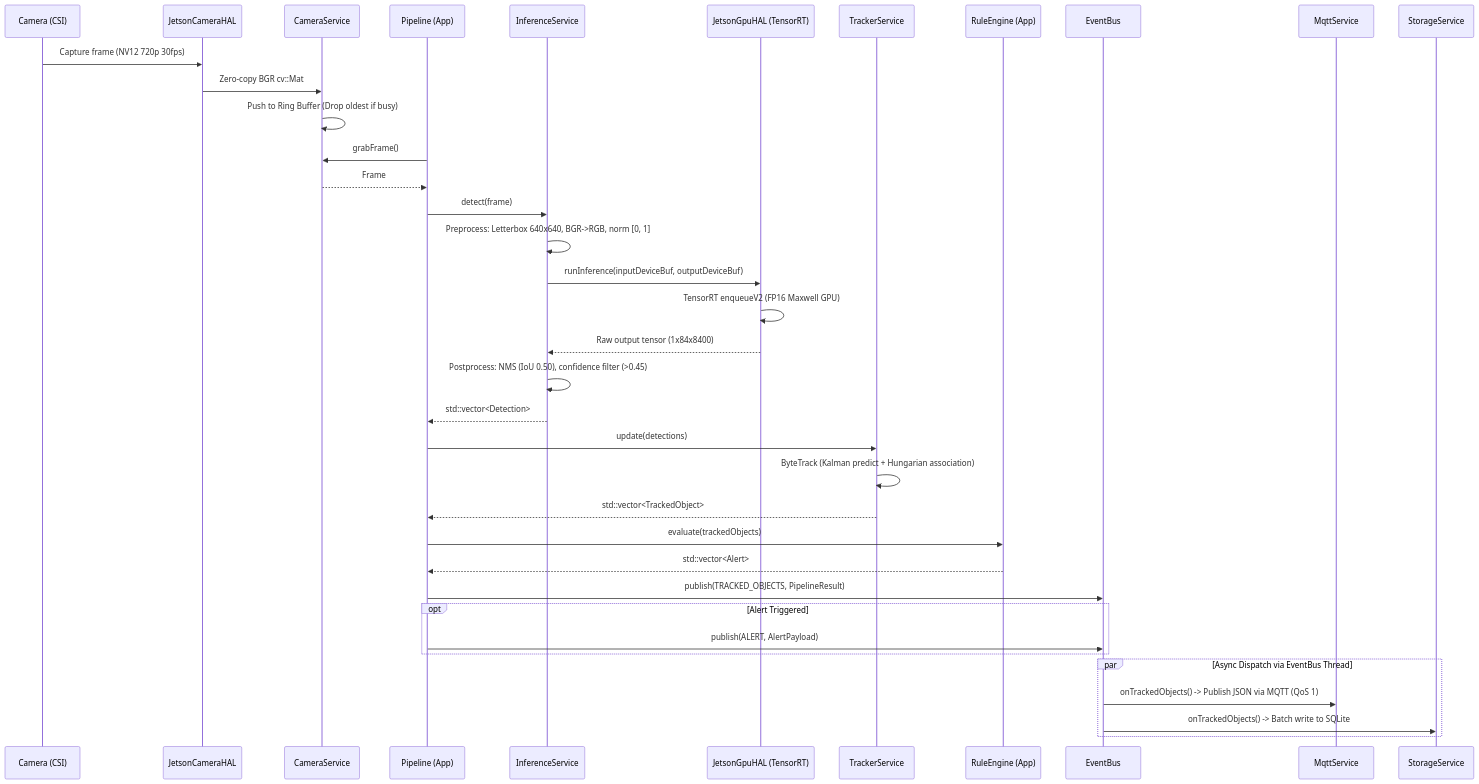
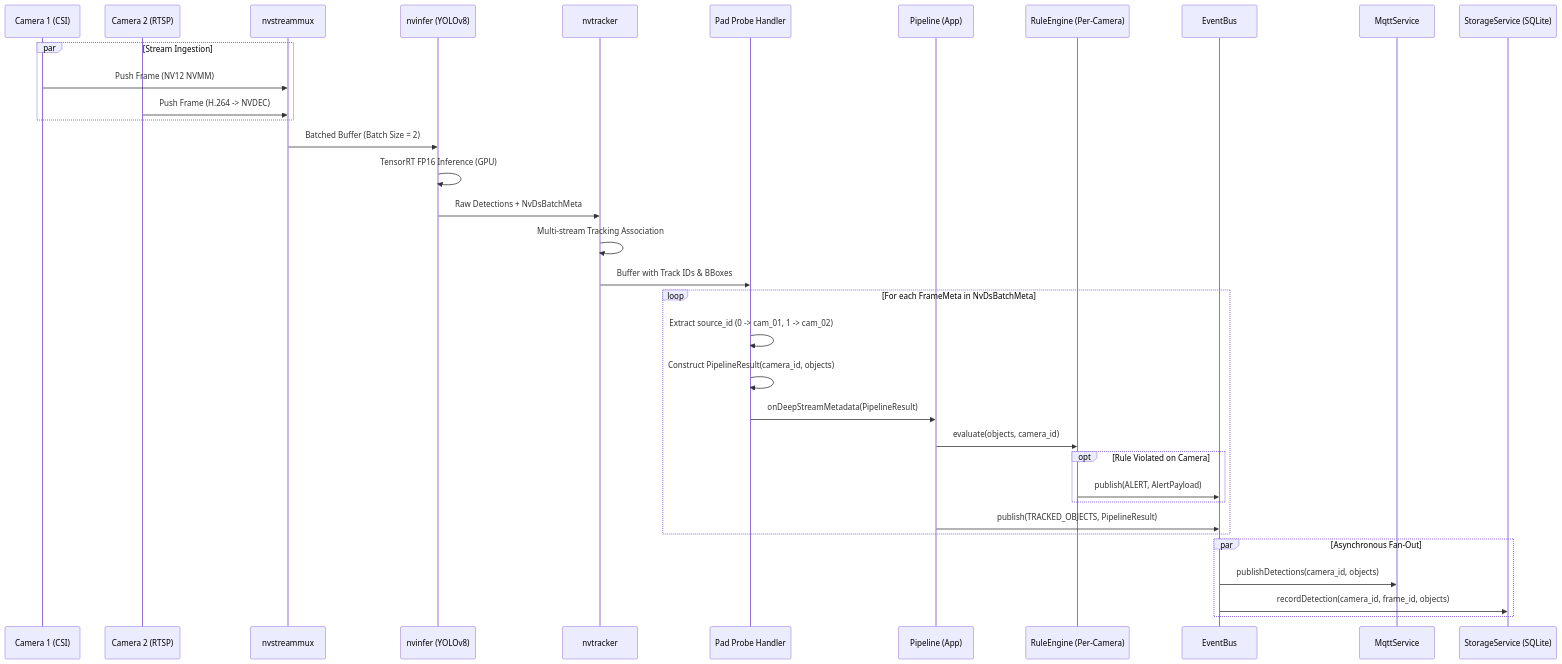
The second of 2 diagrams in docs/design/system_design.md (TranXuanTinh/MultiCamera), drawn with Mermaid before and after one commit. The commit also changed other lines of this file and 39 other files, not shown here.

Commit message:
Init Multi Camera Project

````diff
--- a/docs/design/system_design.md
+++ b/docs/design/system_design.md
@@ -69,46 +87,43 @@
 ```mermaid
 sequenceDiagram
-    participant HW as Camera (CSI)
-    participant CHAL as JetsonCameraHAL
-    participant CSVC as CameraService
+    participant CAM1 as Camera 1 (CSI)
+    participant CAM2 as Camera 2 (RTSP)
+    participant MUX as nvstreammux
+    participant PGIE as nvinfer (YOLOv8)
+    participant TRK as nvtracker
+    participant PROBE as Pad Probe Handler
     participant PIPE as Pipeline (App)
-    participant ISVC as InferenceService
-    participant GHAL as JetsonGpuHAL (TensorRT)
-    participant TSVC as TrackerService
-    participant RULE as RuleEngine (App)
+    participant RULE as RuleEngine (Per-Camera)
     participant EBUS as EventBus
-    participant MSVC as MqttService
-    participant SSVC as StorageService
+    participant MQTT as MqttService
+    participant DB as StorageService (SQLite)
 
-    HW->>CHAL: Capture frame (NV12 720p 30fps)
-    CHAL->>CSVC: Zero-copy BGR cv::Mat
-    CSVC->>CSVC: Push to Ring Buffer (Drop oldest if busy)
-    
-    PIPE->>CSVC: grabFrame()
-    CSVC-->>PIPE: Frame
-    
-    PIPE->>ISVC: detect(frame)
-    ISVC->>ISVC: Preprocess: Letterbox 640x640, BGR->RGB, norm [0, 1]
-    ISVC->>GHAL: runInference(inputDeviceBuf, outputDeviceBuf)
-    GHAL->>GHAL: TensorRT enqueueV2 (FP16 Maxwell GPU)
-    GHAL-->>ISVC: Raw output tensor (1x84x8400)
-    ISVC->>ISVC: Postprocess: NMS (IoU 0.50), confidence filter (>0.45)
-    ISVC-->>PIPE: std::vector<Detection>
-    
-    PIPE->>TSVC: update(detections)
-    TSVC->>TSVC: ByteTrack (Kalman predict + Hungarian association)
-    TSVC-->>PIPE: std::vector<TrackedObject>
-    
-    PIPE->>RULE: evaluate(trackedObjects)
-    RULE-->>PIPE: std::vector<Alert>
-    
-    PIPE->>EBUS: publish(TRACKED_OBJECTS, PipelineResult)
-    opt Alert Triggered
-        PIPE->>EBUS: publish(ALERT, AlertPayload)
+    par Stream Ingestion
+        CAM1->>MUX: Push Frame (NV12 NVMM)
+        CAM2->>MUX: Push Frame (H.264 -> NVDEC)
     end
-    
-    par Async Dispatch via EventBus Thread
-        EBUS->>MSVC: onTrackedObjects() -> Publish JSON via MQTT (QoS 1)
-        EBUS->>SSVC: onTrackedObjects() -> Batch write to SQLite
+
+    MUX->>PGIE: Batched Buffer (Batch Size = 2)
+    PGIE->>PGIE: TensorRT FP16 Inference (GPU)
+    PGIE->>TRK: Raw Detections + NvDsBatchMeta
+    TRK->>TRK: Multi-stream Tracking Association
+    TRK->>PROBE: Buffer with Track IDs & BBoxes
+
+    loop For each FrameMeta in NvDsBatchMeta
+        PROBE->>PROBE: Extract source_id (0 -> cam_01, 1 -> cam_02)
+        PROBE->>PROBE: Construct PipelineResult(camera_id, objects)
+        PROBE->>PIPE: onDeepStreamMetadata(PipelineResult)
+        PIPE->>RULE: evaluate(objects, camera_id)
+        
+        opt Rule Violated on Camera
+            RULE->>EBUS: publish(ALERT, AlertPayload)
+        end
+        
+        PIPE->>EBUS: publish(TRACKED_OBJECTS, PipelineResult)
+    end
+
+    par Asynchronous Fan-Out
+        EBUS->>MQTT: publishDetections(camera_id, objects)
+        EBUS->>DB: recordDetection(camera_id, frame_id, objects)
     end
 ```
````
